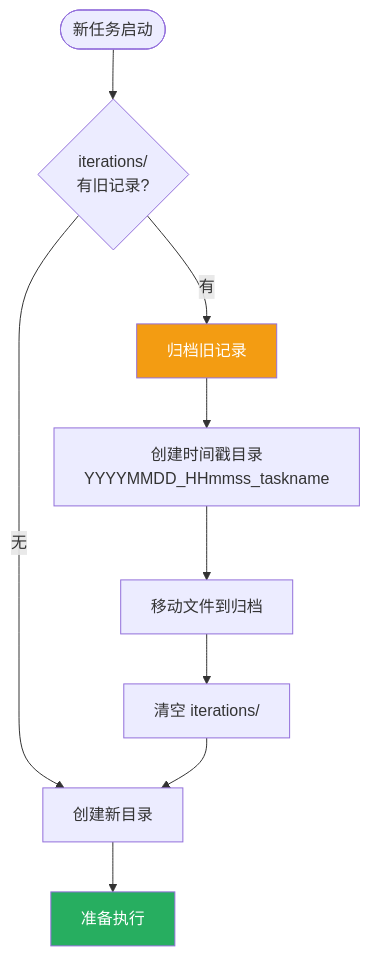
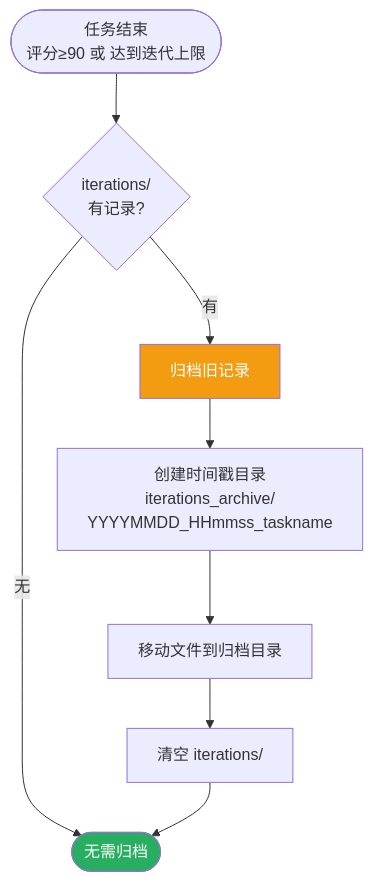
The seventh of 10 diagrams in docs/multi-agent-workflow-diagram.md (Halo94361/opencode_workflow_sync), drawn with Mermaid before and after one commit. The commit also changed other lines of this file and 12 other files, not shown here.

First line of the commit message:
docs: 更新SKILL.md术语表和工作流程图

````diff
--- a/docs/multi-agent-workflow-diagram.md
+++ b/docs/multi-agent-workflow-diagram.md
@@ -164,16 +211,14 @@
 ```mermaid
 flowchart TD
-    START([新任务启动]) --> CHECK_ITER{iterations/<br/>有旧记录?}
-    CHECK_ITER -->|无| CREATE[创建新目录]
+    START([任务结束<br/>评分≥90 或 达到迭代上限]) --> CHECK_ITER{iterations/<br/>有记录?}
+    CHECK_ITER -->|无| DONE([无需归档])
     CHECK_ITER -->|有| ARCHIVE[归档旧记录]
     
-    ARCHIVE --> MKDIR[创建时间戳目录<br/>YYYYMMDD_HHmmss_taskname]
-    MKDIR --> MOVE[移动文件到归档]
+    ARCHIVE --> MKDIR[创建时间戳目录<br/>iterations_archive/<br/>YYYYMMDD_HHmmss_taskname]
+    MKDIR --> MOVE[移动文件到归档目录]
     MOVE --> CLEAR[清空 iterations/]
-    CLEAR --> CREATE
-    
-    CREATE --> READY[准备执行]
+    CLEAR --> DONE
     
     style ARCHIVE fill:#f39c12,color:#fff
-    style READY fill:#27ae60,color:#fff
+    style DONE fill:#27ae60,color:#fff
 ```
````
